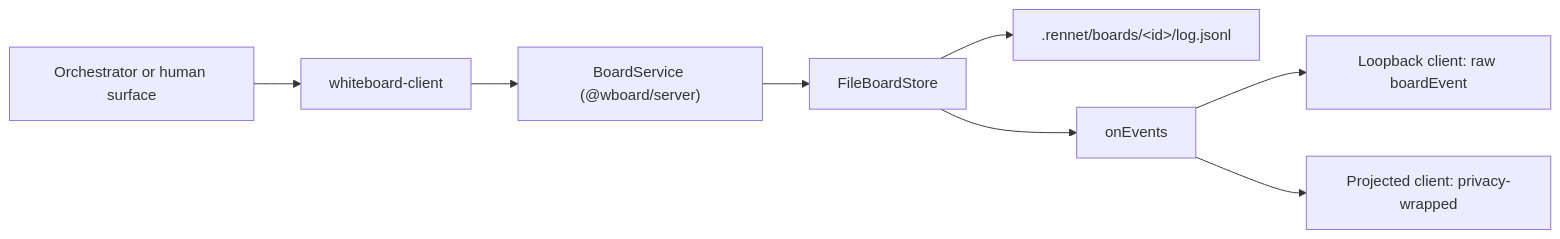
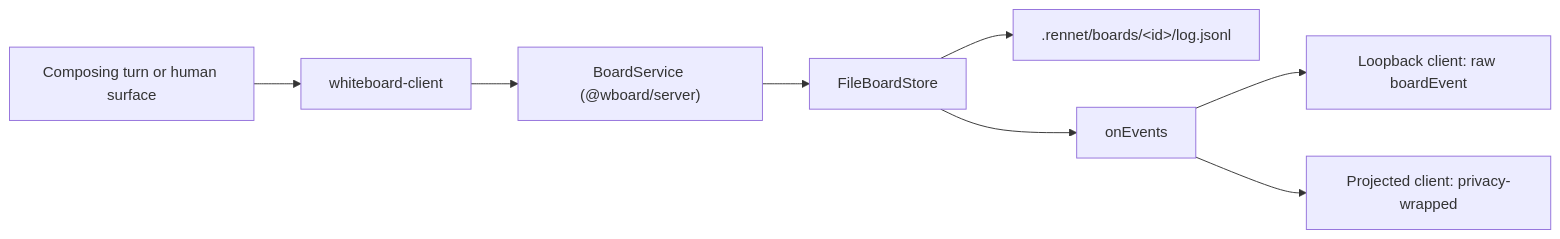
Before and after one commit to rbutera/Rennet: the diagram in docs/developing/reference/whiteboard-consumption.md, drawn with Mermaid. The commit also changed other lines of this file and 11 other files, not shown here.

````diff
--- a/docs/developing/reference/whiteboard-consumption.md
+++ b/docs/developing/reference/whiteboard-consumption.md
@@ -166,10 +166,10 @@
 ```mermaid
 flowchart LR
-  o[Orchestrator or human surface] --> wc[whiteboard-client]
+  o[Composing turn or human surface] --> wc[whiteboard-client]
   wc --> svc["BoardService (@wboard/server)"]
   svc --> store[FileBoardStore]
   store --> log[".rennet/boards/&lt;id&gt;/log.jsonl"]
   store --> ev[onEvents]
   ev --> loop[Loopback client: raw boardEvent]
   ev --> proj[Projected client: privacy-wrapped]
 ```
````
